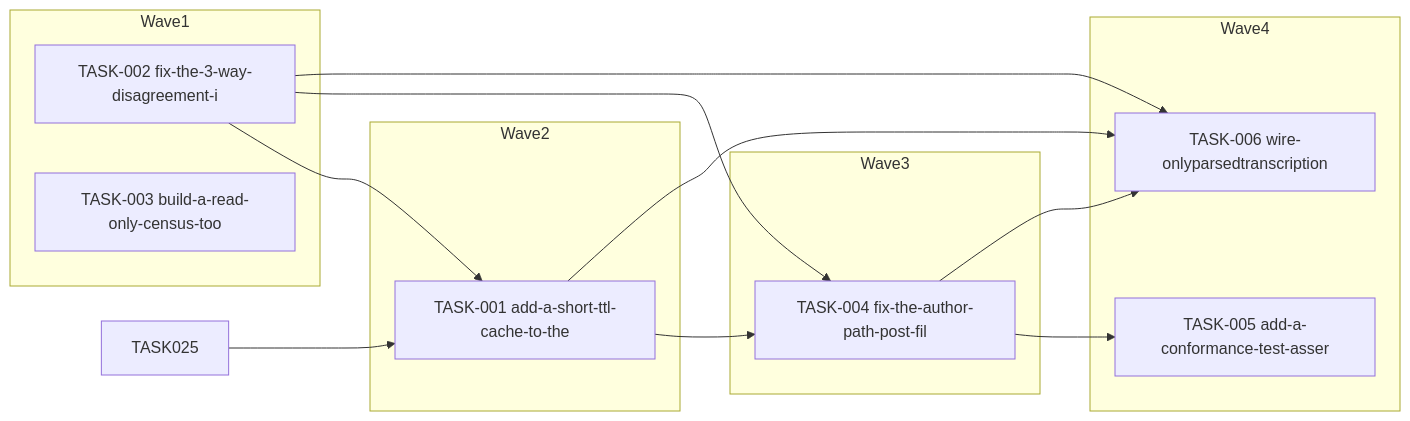
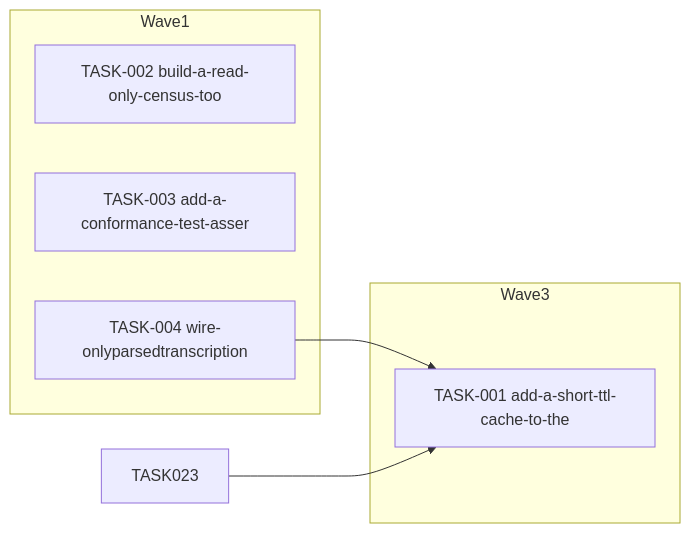
The diagram in docs/agent-tasks/todo-completion/audiobooks/orchestration.md (falkcorp/audiobook-organizer), drawn with Mermaid before and after one commit. The commit also changed other lines of this file and 428 other files, not shown here.

````diff
--- a/docs/agent-tasks/todo-completion/audiobooks/orchestration.md
+++ b/docs/agent-tasks/todo-completion/audiobooks/orchestration.md
@@ -12,25 +12,13 @@
 ```mermaid
 flowchart LR
     subgraph Wave1
-      TASK002[TASK-002 fix-the-3-way-disagreement-i]
-      TASK003[TASK-003 build-a-read-only-census-too]
+      TASK002[TASK-002 build-a-read-only-census-too]
+      TASK003[TASK-003 add-a-conformance-test-asser]
+      TASK004[TASK-004 wire-onlyparsedtranscription]
     end
-    subgraph Wave2
+    subgraph Wave3
       TASK001[TASK-001 add-a-short-ttl-cache-to-the]
     end
-    subgraph Wave3
-      TASK004[TASK-004 fix-the-author-path-post-fil]
-    end
-    subgraph Wave4
-      TASK005[TASK-005 add-a-conformance-test-asser]
-      TASK006[TASK-006 wire-onlyparsedtranscription]
-    end
-    TASK001 --> TASK004
-    TASK001 --> TASK006
-    TASK002 --> TASK001
-    TASK002 --> TASK004
-    TASK002 --> TASK006
-    TASK004 --> TASK005
-    TASK004 --> TASK006
-    TASK025 --> TASK001
+    TASK004 --> TASK001
+    TASK023 --> TASK001
 ```
````
